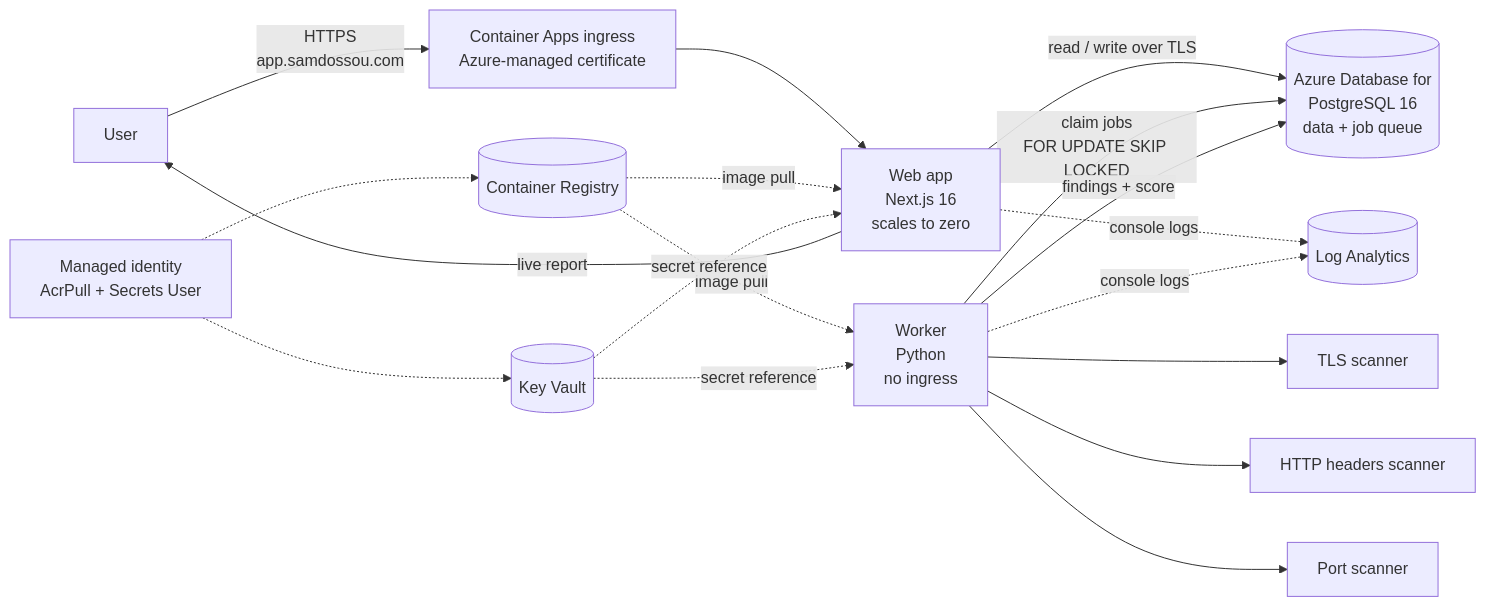
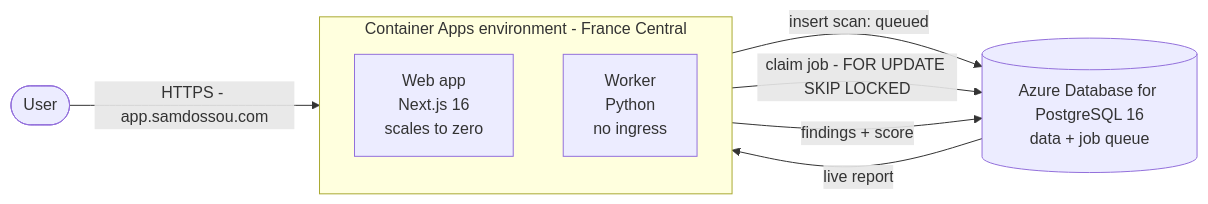
Before and after one commit to Dkls7777/postureguard: the first of 2 diagrams in README.md, drawn with Mermaid. The commit also changed other lines of this file, not shown here.

Commit message:
docs(readme): split the architecture diagram into data path and trust chain

````diff
--- a/README.md
+++ b/README.md
@@ -9,21 +9,18 @@
 ```mermaid
 flowchart LR
-    U[User] -->|HTTPS<br/>app.samdossou.com| ING[Container Apps ingress<br/>Azure-managed certificate]
-    ING --> W[Web app<br/>Next.js 16<br/>scales to zero]
-    W -->|read / write over TLS| DB[(Azure Database for<br/>PostgreSQL 16<br/>data + job queue)]
-    WK[Worker<br/>Python<br/>no ingress] -->|claim jobs<br/>FOR UPDATE SKIP LOCKED| DB
-    WK --> S1[TLS scanner]
-    WK --> S2[HTTP headers scanner]
-    WK --> S3[Port scanner]
-    WK -->|findings + score| DB
-    W -->|live report| U
+    U([User])
 
-    ACR[(Container Registry)] -.->|image pull| W
-    ACR -.->|image pull| WK
-    KV[(Key Vault)] -.->|secret reference| W
-    KV -.->|secret reference| WK
-    ID[Managed identity<br/>AcrPull + Secrets User] -.-> ACR
-    ID -.-> KV
-    W -.->|console logs| LOG[(Log Analytics)]
-    WK -.->|console logs| LOG
+    subgraph ENV["Container Apps environment - France Central"]
+        direction TB
+        W["Web app<br/>Next.js 16<br/>scales to zero"]
+        K["Worker<br/>Python<br/>no ingress"]
+    end
+
+    DB[("Azure Database for PostgreSQL 16<br/>data + job queue")]
+
+    U -->|"HTTPS - app.samdossou.com"| W
+    W -->|"insert scan: queued"| DB
+    K -->|"claim job - FOR UPDATE SKIP LOCKED"| DB
+    K -->|"findings + score"| DB
+    DB -->|"live report"| W
 ```
````
